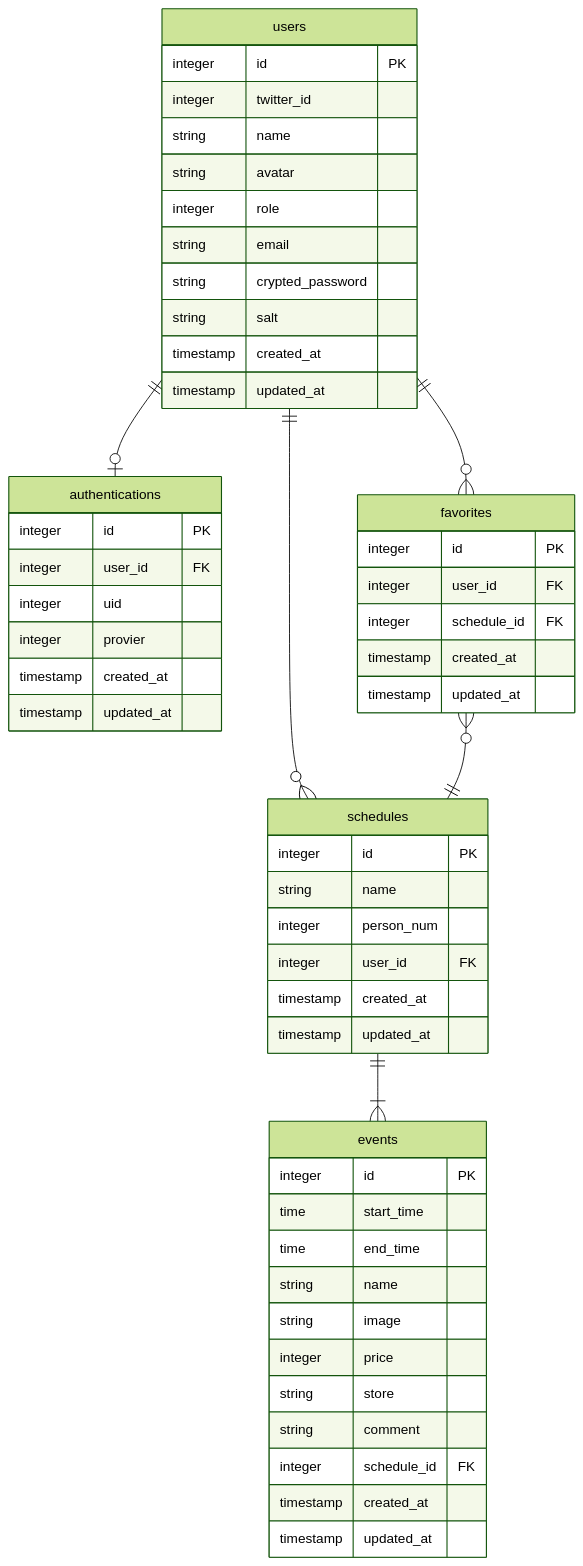
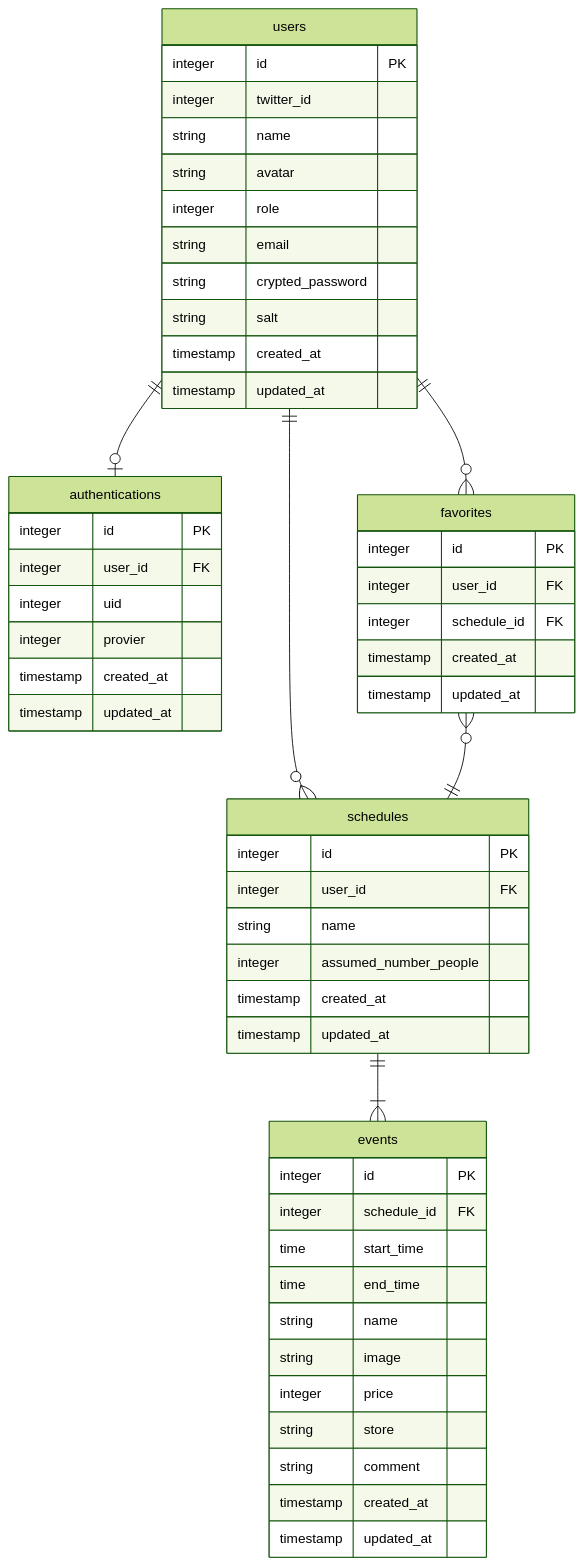
Before and after one commit to maekawa33/PF_holiday_schedule: the diagram in er_diagram.md, drawn with Mermaid (forest theme). The commit also changed 1 other file, not shown here.

Commit message:
fix: カラム名修正

````diff
--- a/er_diagram.md
+++ b/er_diagram.md
@@ -1,63 +1,63 @@
 ```mermaid
 erDiagram
 
     users ||--o| authentications: ""
     users ||--o{ schedules: ""
     users ||--o{favorites: ""
     favorites }o--||schedules: ""
     schedules ||--|{events: ""
 
     users {
         integer id "PK"
         integer twitter_id
         string name
         string avatar
         integer role
         string email
         string crypted_password
         string salt
         timestamp created_at
         timestamp updated_at
     }
 
     authentications {
         integer id "PK"
         integer user_id "FK"
         integer uid
         integer provier
         timestamp created_at
         timestamp updated_at
     }
     schedules {
         integer id "PK"
+        integer user_id "FK"
         string name
-        integer person_num
-        integer user_id "FK"
+        integer assumed_number_people
         timestamp created_at
         timestamp updated_at
     }
 
     events {
         integer id "PK"
+        integer schedule_id "FK"
         time start_time
         time end_time
         string name
         string image
         integer price
         string store
         string comment
-        integer schedule_id "FK"
         timestamp created_at
         timestamp updated_at
     }
 
     favorites {
         integer id "PK"
         integer user_id "FK"
         integer schedule_id "FK"
         timestamp created_at
         timestamp updated_at
     }
 
     
 ```
````
